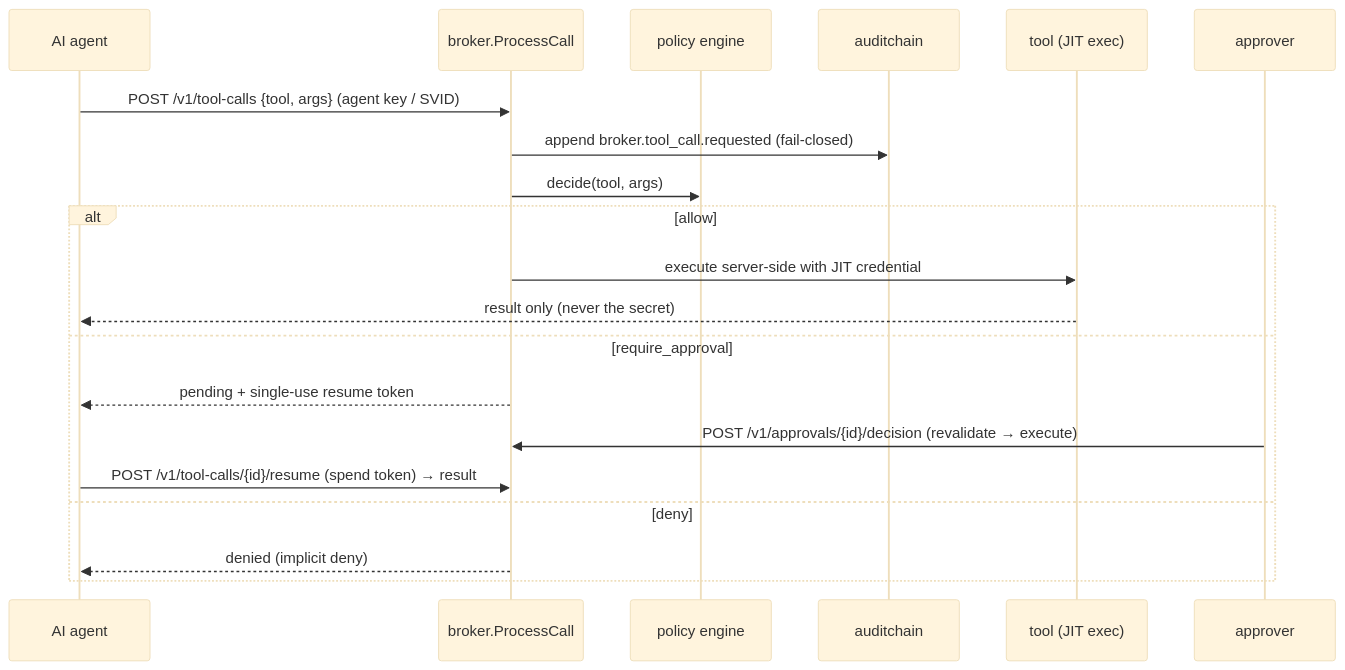
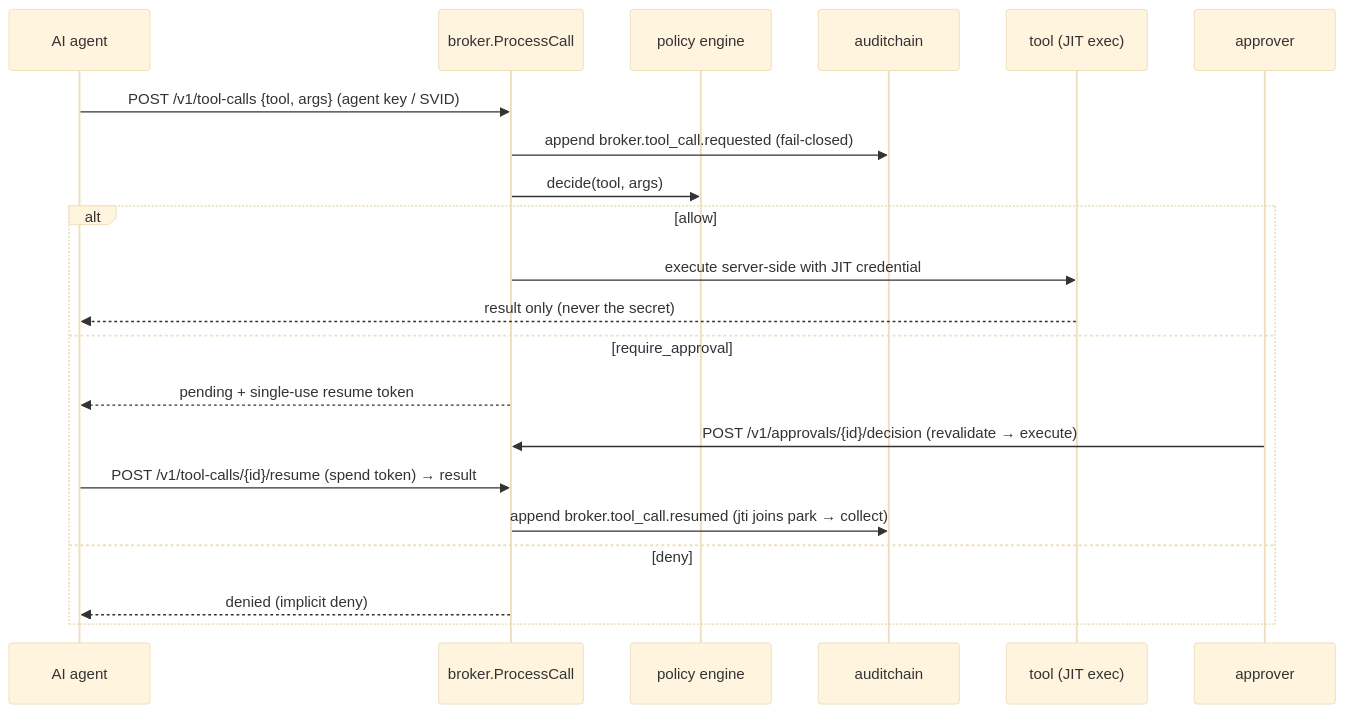
Before and after one commit to morandeirachema/PAMv1: the seventh of 7 diagrams in docs/CODE-GUIDE.md, drawn with Mermaid (base theme). The commit also changed other lines of this file and 24 other files, not shown here.

````diff
--- a/docs/CODE-GUIDE.md
+++ b/docs/CODE-GUIDE.md
@@ -935,22 +946,23 @@
 ```mermaid
 sequenceDiagram
   participant Ag as AI agent
   participant B as broker.ProcessCall
   participant Pol as policy engine
   participant Ch as auditchain
   participant T as tool (JIT exec)
   participant Hu as approver
   Ag->>B: POST /v1/tool-calls {tool, args} (agent key / SVID)
   B->>Ch: append broker.tool_call.requested (fail-closed)
   B->>Pol: decide(tool, args)
   alt allow
     B->>T: execute server-side with JIT credential
     T-->>Ag: result only (never the secret)
   else require_approval
     B-->>Ag: pending + single-use resume token
     Hu->>B: POST /v1/approvals/{id}/decision (revalidate → execute)
     Ag->>B: POST /v1/tool-calls/{id}/resume (spend token) → result
+    B->>Ch: append broker.tool_call.resumed (jti joins park → collect)
   else deny
     B-->>Ag: denied (implicit deny)
   end
 ```
````
